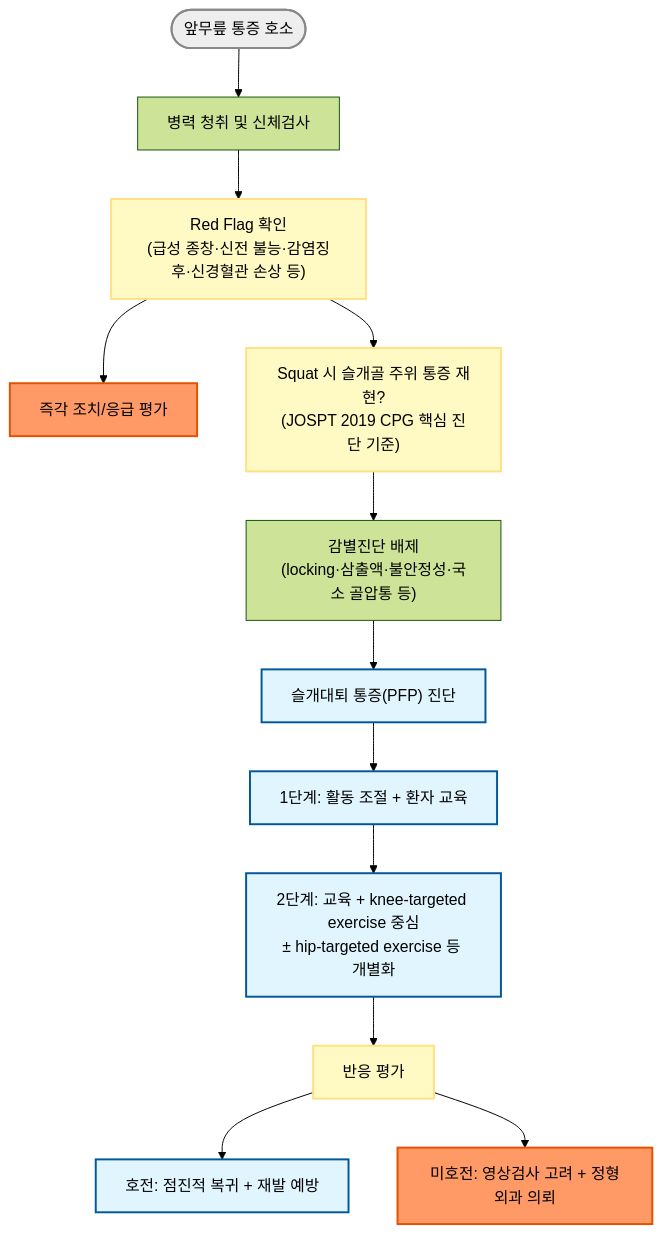
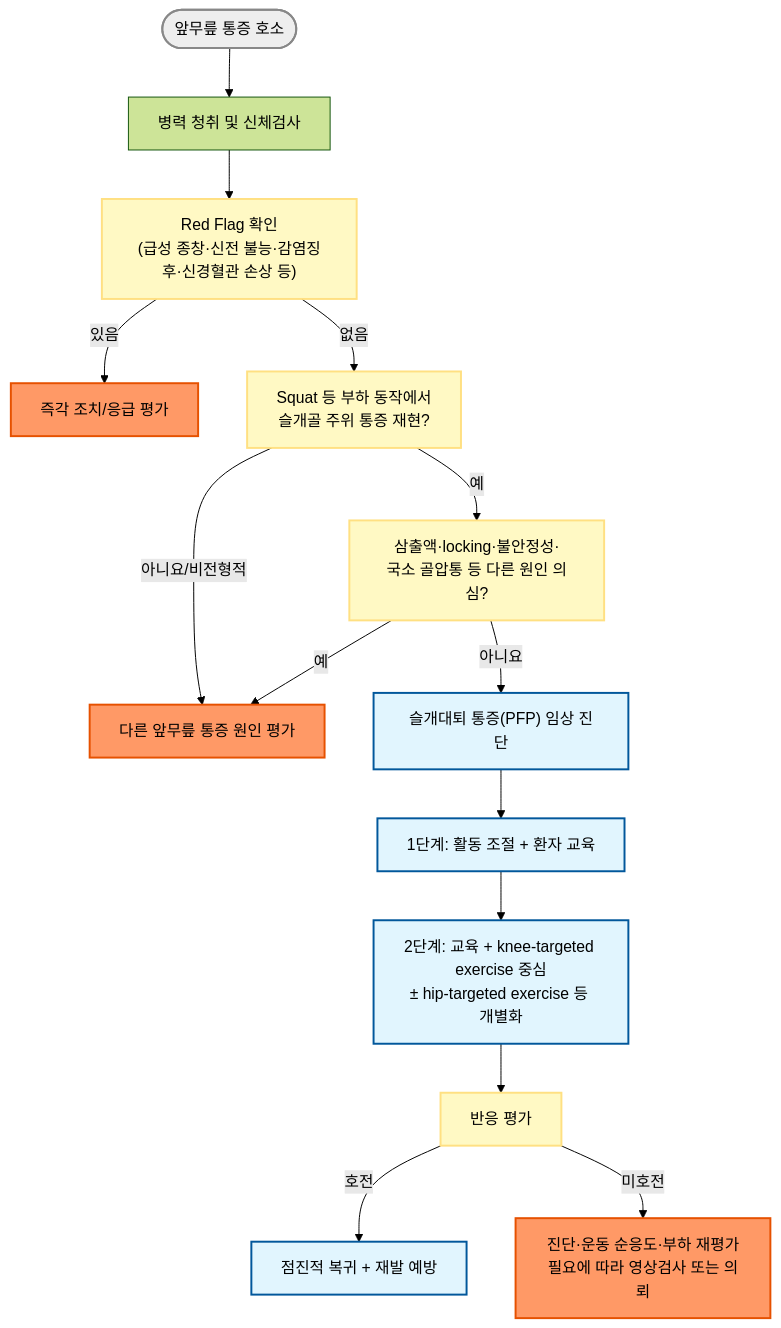
Before and after one commit to familyoh77/familyoh77: the diagram in 228_/145_-patellofemoral-pain-syndrome.md, drawn with Mermaid (forest theme). The commit also changed other lines of this file, not shown here.

````diff
--- a/228_/145_-patellofemoral-pain-syndrome.md
+++ b/228_/145_-patellofemoral-pain-syndrome.md
@@ -147,24 +148,26 @@
 ```mermaid
 graph TD
     Start(["앞무릎 통증 호소"]) --> A["병력 청취 및 신체검사"]
     A --> RF["Red Flag 확인<br>(급성 종창·신전 불능·감염징후·신경혈관 손상 등)"]
-    RF --> C["즉각 조치/응급 평가"]
-    RF --> D["Squat 시 슬개골 주위 통증 재현?<br>(JOSPT 2019 CPG 핵심 진단 기준)"]
-    D --> E["감별진단 배제<br>(locking·삼출액·불안정성·국소 골압통 등)"]
-    E --> F["슬개대퇴 통증(PFP) 진단"]
+    RF -->|있음| C["즉각 조치/응급 평가"]
+    RF -->|없음| D["Squat 등 부하 동작에서<br>슬개골 주위 통증 재현?"]
+    D -->|아니요/비전형적| X["다른 앞무릎 통증 원인 평가"]
+    D -->|예| E["삼출액·locking·불안정성·<br>국소 골압통 등 다른 원인 의심?"]
+    E -->|예| X
+    E -->|아니요| F["슬개대퇴 통증(PFP) 임상 진단"]
     F --> G["1단계: 활동 조절 + 환자 교육"]
     G --> H["2단계: 교육 + knee-targeted exercise 중심<br>± hip-targeted exercise 등 개별화"]
     H --> I["반응 평가"]
-    I --> J["호전: 점진적 복귀 + 재발 예방"]
-    I --> K["미호전: 영상검사 고려 + 정형외과 의뢰"]
+    I -->|호전| J["점진적 복귀 + 재발 예방"]
+    I -->|미호전| K["진단·운동 순응도·부하 재평가<br>필요에 따라 영상검사 또는 의뢰"]
 
-    class RF,D,I question
-    class C,K refer
+    class RF,D,E,I question
+    class C,X,K refer
     class F,G,H,J action
     class Start start
 
     classDef start fill:#eeeeee,stroke:#888888,stroke-width:2px
     classDef question fill:#fff9c4,stroke:#ffe082,stroke-width:2px
     classDef refer fill:#f96,stroke:#e65100,stroke-width:2px
     classDef action fill:#e1f5fe,stroke:#01579b,stroke-width:2px
 ```
````
